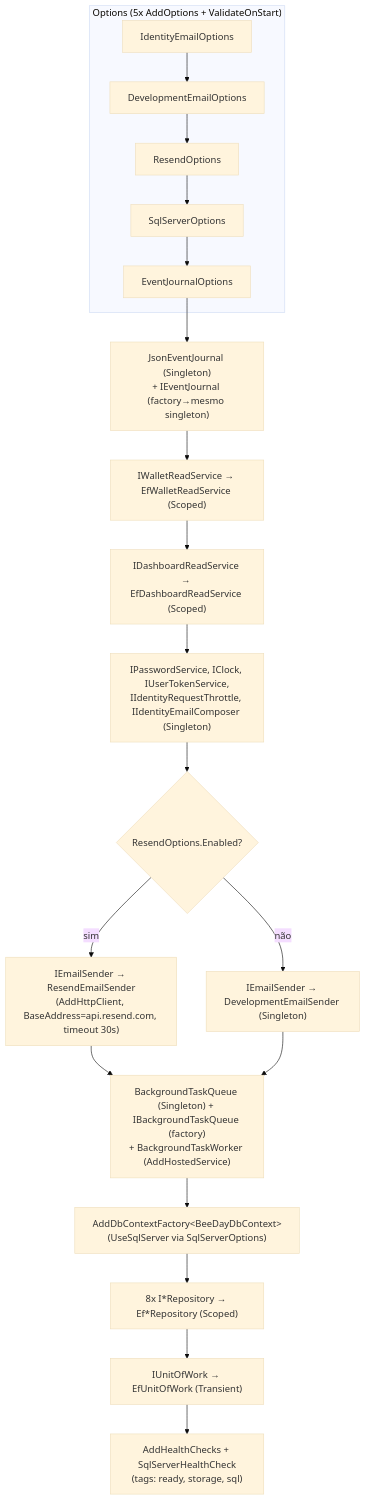
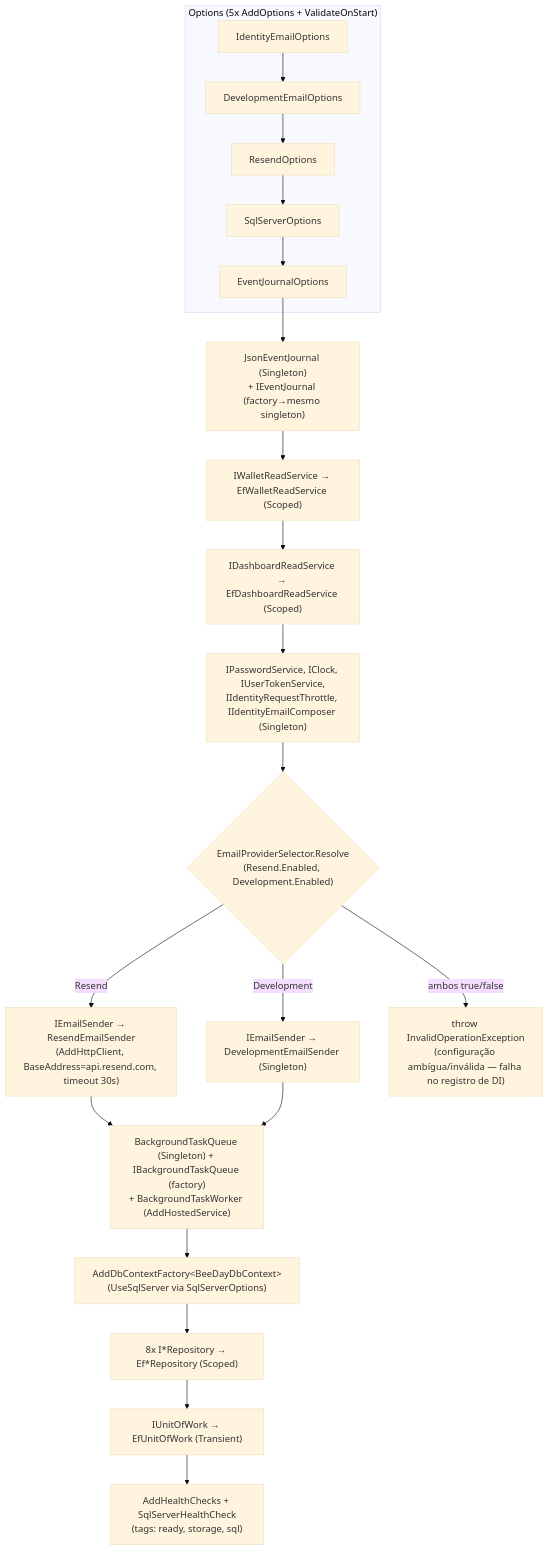
Before and after one commit to DS-Asyst/BeeDay: the first of 2 diagrams in docs/infrastructure/05-dependency-injection.md, drawn with Mermaid (base theme). The commit also changed other lines of this file and 8 other files, not shown here.

First line of the commit message:
feat(email): define explicit provider-selection contract

````diff
--- a/docs/infrastructure/05-dependency-injection.md
+++ b/docs/infrastructure/05-dependency-injection.md
@@ -30,19 +34,20 @@
 ```mermaid
 flowchart TD
     subgraph "Options (5x AddOptions + ValidateOnStart)"
         O1[IdentityEmailOptions] --> O2[DevelopmentEmailOptions] --> O3[ResendOptions] --> O4[SqlServerOptions] --> O5[EventJournalOptions]
     end
     O5 --> S1["JsonEventJournal (Singleton)<br/>+ IEventJournal (factory→mesmo singleton)"]
     S1 --> S2["IWalletReadService → EfWalletReadService (Scoped)"]
     S2 --> S3["IDashboardReadService → EfDashboardReadService (Scoped)"]
     S3 --> S4["IPasswordService, IClock, IUserTokenService,<br/>IIdentityRequestThrottle, IIdentityEmailComposer (Singleton)"]
-    S4 --> E{"ResendOptions.Enabled?"}
-    E -->|sim| E1["IEmailSender → ResendEmailSender<br/>(AddHttpClient, BaseAddress=api.resend.com, timeout 30s)"]
-    E -->|não| E2["IEmailSender → DevelopmentEmailSender (Singleton)"]
+    S4 --> E{"EmailProviderSelector.Resolve<br/>(Resend.Enabled, Development.Enabled)"}
+    E -->|Resend| E1["IEmailSender → ResendEmailSender<br/>(AddHttpClient, BaseAddress=api.resend.com, timeout 30s)"]
+    E -->|Development| E2["IEmailSender → DevelopmentEmailSender (Singleton)"]
+    E -->|ambos true/false| EX["throw InvalidOperationException<br/>(configuração ambígua/inválida — falha no registro de DI)"]
     E1 --> B1["BackgroundTaskQueue (Singleton) + IBackgroundTaskQueue (factory)<br/>+ BackgroundTaskWorker (AddHostedService)"]
     E2 --> B1
     B1 --> D1["AddDbContextFactory&lt;BeeDayDbContext&gt;<br/>(UseSqlServer via SqlServerOptions)"]
     D1 --> R1["8x I*Repository → Ef*Repository (Scoped)"]
     R1 --> U1["IUnitOfWork → EfUnitOfWork (Transient)"]
     U1 --> H1["AddHealthChecks + SqlServerHealthCheck<br/>(tags: ready, storage, sql)"]
 ```
````
